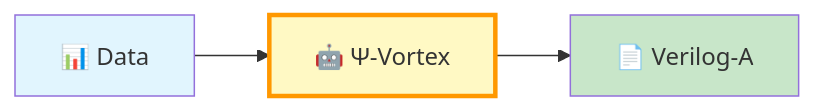
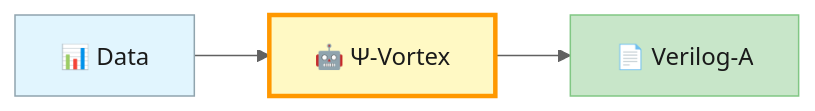
Before and after one commit to jurjsorinliviu/Psi-Vortex: the seventh of 7 diagrams in README.md, drawn with Mermaid. The commit also changed other lines of this file, not shown here.

````diff
--- a/README.md
+++ b/README.md
@@ -666,8 +690,9 @@
 ```mermaid
+%%{init: {'theme':'base','themeVariables':{'primaryTextColor':'#1a1a1a','lineColor':'#616161'}}}%%
 flowchart LR
     A[📊 Data] --> B[🤖 Ψ-Vortex] --> C[📄 Verilog-A]
     
-    style A fill:#e1f5fe
-    style B fill:#fff9c4,stroke:#ff9800,stroke-width:3px
-    style C fill:#c8e6c9
+    style A fill:#e1f5fe,color:#1a1a1a,stroke:#90a4ae
+    style B fill:#fff9c4,color:#1a1a1a,stroke:#ff9800,stroke-width:3px
+    style C fill:#c8e6c9,color:#1a1a1a,stroke:#81c784
 ```
````
